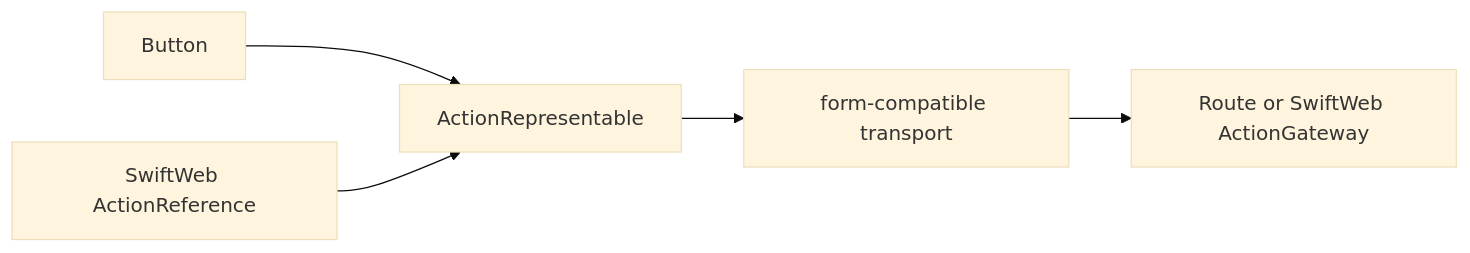
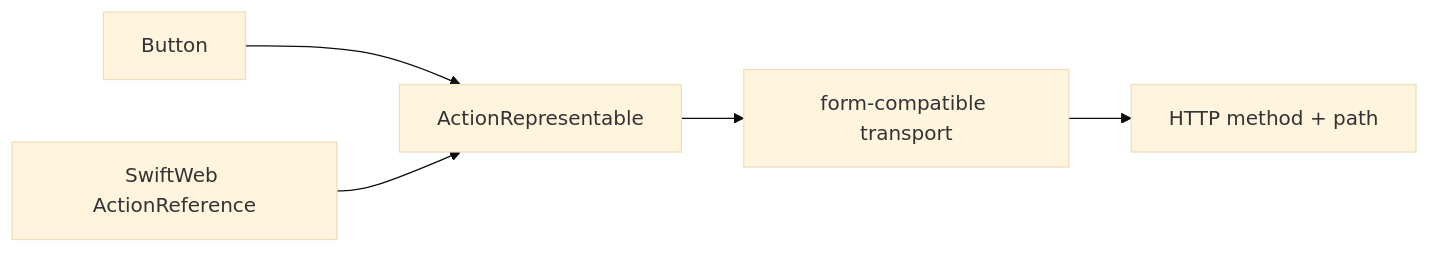
The third of 4 diagrams in Sources/SwiftWebUI/README.md (1amageek/swift-web), drawn with Mermaid (base theme) before and after one commit. The commit also changed other lines of this file and 354 other files, not shown here.

````diff
--- a/Sources/SwiftWebUI/README.md
+++ b/Sources/SwiftWebUI/README.md
@@ -133,7 +133,7 @@
 ```mermaid
 flowchart LR
   A["Button"] --> B["ActionRepresentable"]
   B --> C["form-compatible transport"]
   D["SwiftWeb ActionReference"] --> B
-  C --> E["Route or SwiftWeb ActionGateway"]
+  C --> E["HTTP method + path"]
 ```
````
